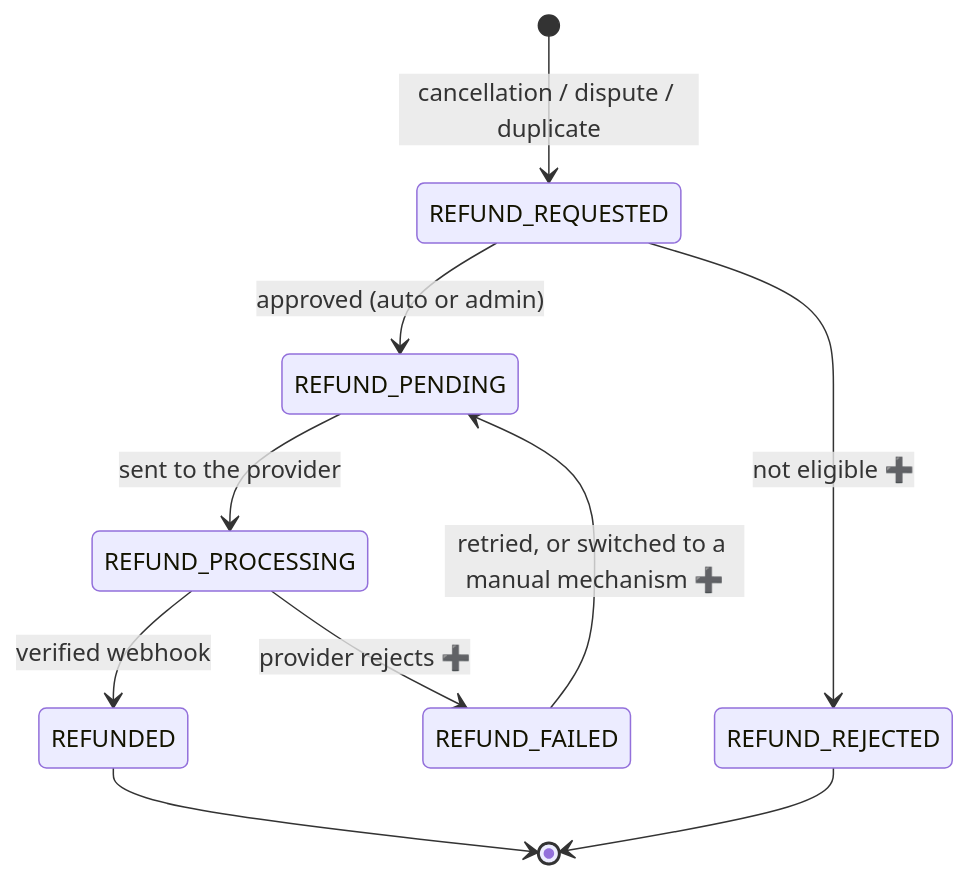
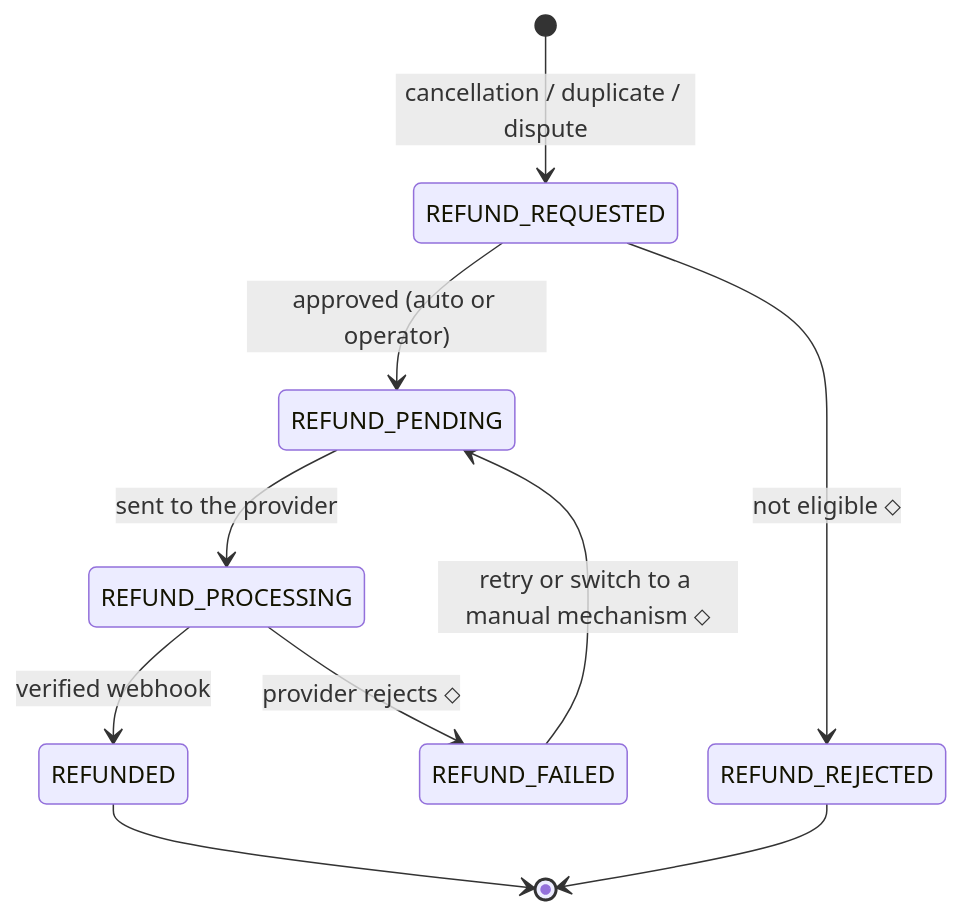
The third of 3 diagrams in docs/PAYMENT_LIFECYCLE.md (kmandev/banhao-design), drawn with Mermaid before and after one commit. The commit also changed other lines of this file and 18 other files, not shown here.

````diff
--- a/docs/PAYMENT_LIFECYCLE.md
+++ b/docs/PAYMENT_LIFECYCLE.md
@@ -265,12 +268,12 @@
 ```mermaid
 stateDiagram-v2
-    [*] --> REFUND_REQUESTED : cancellation / dispute / duplicate
-    REFUND_REQUESTED --> REFUND_PENDING : approved (auto or admin)
-    REFUND_REQUESTED --> REFUND_REJECTED : not eligible ➕
+    [*] --> REFUND_REQUESTED : cancellation / duplicate / dispute
+    REFUND_REQUESTED --> REFUND_PENDING : approved (auto or operator)
+    REFUND_REQUESTED --> REFUND_REJECTED : not eligible ⬦
     REFUND_PENDING --> REFUND_PROCESSING : sent to the provider
     REFUND_PROCESSING --> REFUNDED : verified webhook
-    REFUND_PROCESSING --> REFUND_FAILED : provider rejects ➕
-    REFUND_FAILED --> REFUND_PENDING : retried, or switched to a manual mechanism ➕
+    REFUND_PROCESSING --> REFUND_FAILED : provider rejects ⬦
+    REFUND_FAILED --> REFUND_PENDING : retry or switch to a manual mechanism ⬦
     REFUNDED --> [*]
     REFUND_REJECTED --> [*]
 ```
````
